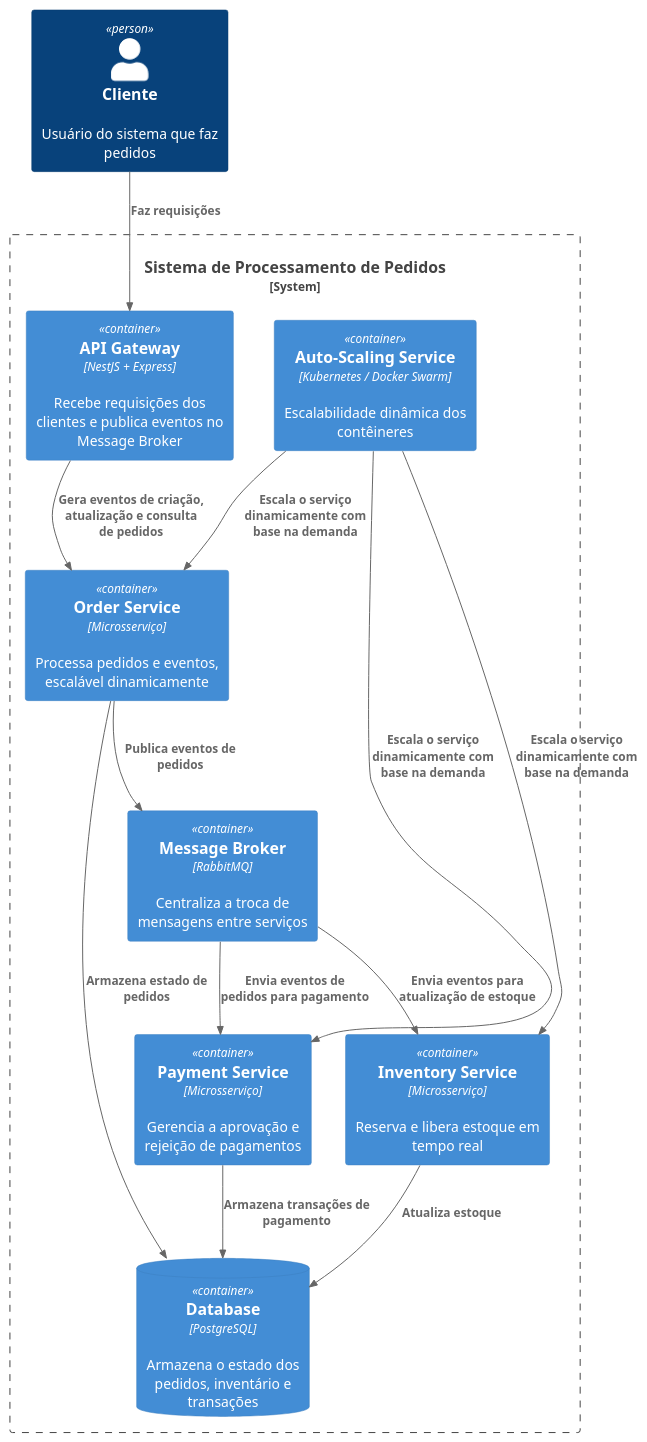
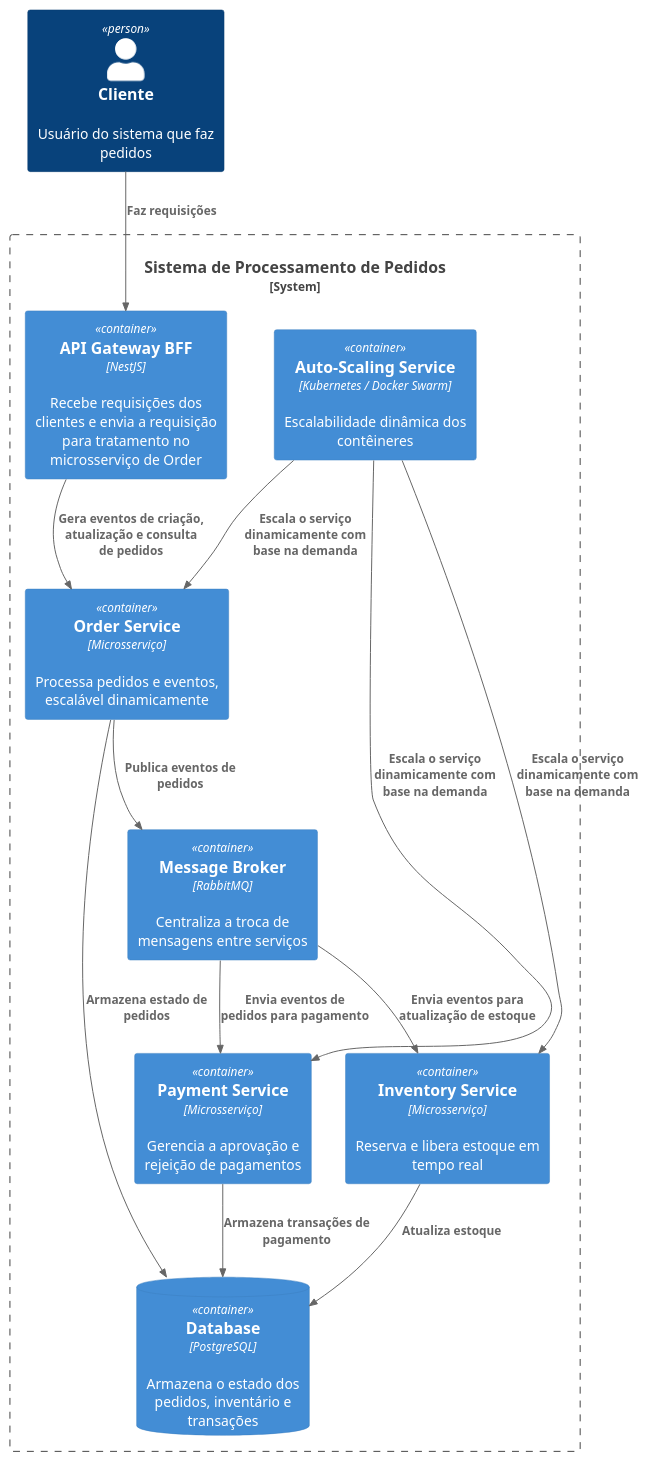
Before and after one commit to jnerydesigner/Bemol: the diagram in n2-container.plantuml, drawn with PlantUML. The commit also changed 8 other files, not shown here.

```diff
--- a/n2-container.plantuml
+++ b/n2-container.plantuml
@@ -1,36 +1,36 @@
 @startuml Container n2
 !include https://raw.githubusercontent.com/plantuml-stdlib/C4-PlantUML/master/C4_Container.puml
 
 Person(cliente, "Cliente", "Usuário do sistema que faz pedidos")
 
 System_Boundary(spp_boundary, "Sistema de Processamento de Pedidos") {
 
-  Container(apiGateway, "API Gateway", "NestJS + Express", "Recebe requisições dos clientes e publica eventos no Message Broker")
+  Container(apiGateway, "API Gateway BFF", "NestJS", "Recebe requisições dos clientes e envia a requisição para tratamento no microsserviço de Order")
   
   Container(orderService, "Order Service", "Microsserviço", "Processa pedidos e eventos, escalável dinamicamente")
   
   Container(paymentService, "Payment Service", "Microsserviço", "Gerencia a aprovação e rejeição de pagamentos")
   
   Container(inventoryService, "Inventory Service", "Microsserviço", "Reserva e libera estoque em tempo real")
   
   Container(messageBroker, "Message Broker", "RabbitMQ", "Centraliza a troca de mensagens entre serviços")
   
   ContainerDb(database, "Database", "PostgreSQL", "Armazena o estado dos pedidos, inventário e transações")
   
   Container(kubernetes, "Auto-Scaling Service", "Kubernetes / Docker Swarm", "Escalabilidade dinâmica dos contêineres")
   
 }
 
 Rel(cliente, apiGateway, "Faz requisições")
 Rel(apiGateway, orderService, "Gera eventos de criação, atualização e consulta de pedidos")
 Rel(orderService, messageBroker, "Publica eventos de pedidos")
 Rel(messageBroker, paymentService, "Envia eventos de pedidos para pagamento")
 Rel(messageBroker, inventoryService, "Envia eventos para atualização de estoque")
 Rel(orderService, database, "Armazena estado de pedidos")
 Rel(paymentService, database, "Armazena transações de pagamento")
 Rel(inventoryService, database, "Atualiza estoque")
 Rel(kubernetes, orderService, "Escala o serviço dinamicamente com base na demanda")
 Rel(kubernetes, paymentService, "Escala o serviço dinamicamente com base na demanda")
 Rel(kubernetes, inventoryService, "Escala o serviço dinamicamente com base na demanda")
 
 @enduml
```
